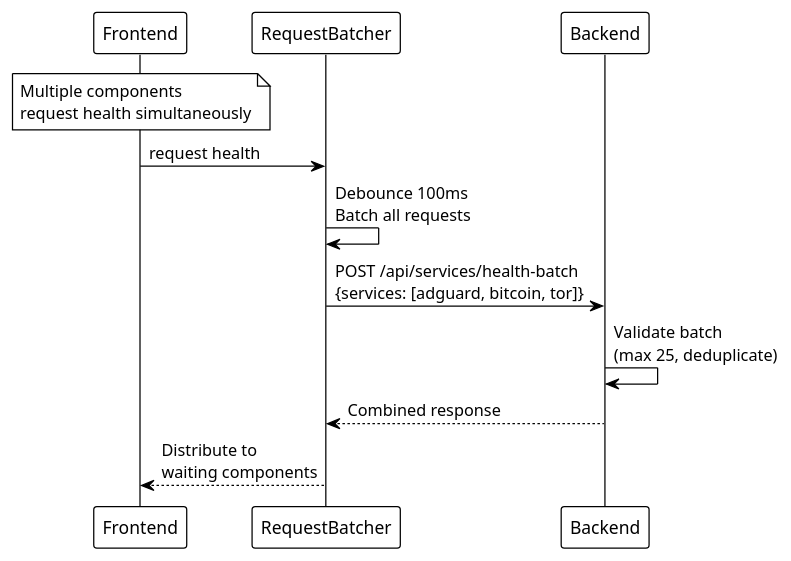
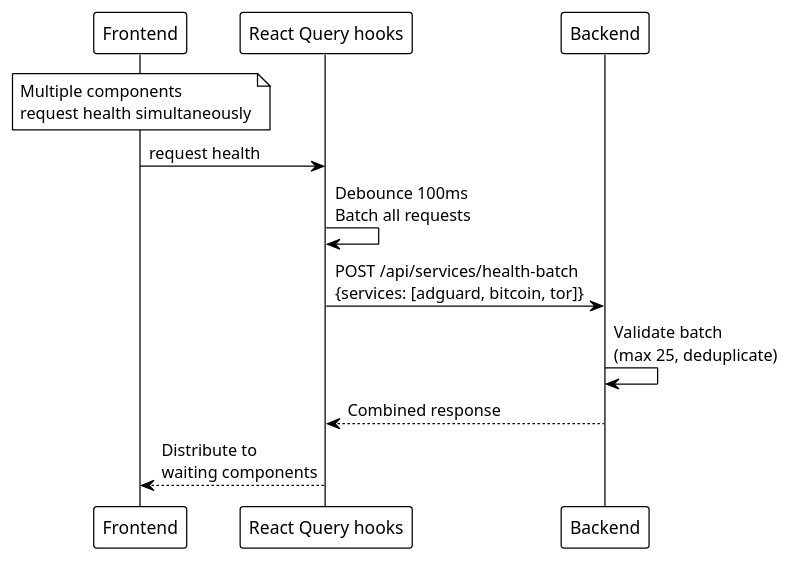
Before and after one commit to EraPartner/Watchman: the second of 3 diagrams in docs/api/services-health.md, drawn with PlantUML. The commit also changed other lines of this file and 33 other files, not shown here.

````diff
--- a/docs/api/services-health.md
+++ b/docs/api/services-health.md
@@ -232,26 +235,26 @@
 ```plantuml
 @startuml
 !theme plain
 
 participant "Frontend" as FE
-participant "RequestBatcher" as Batch
+participant "React Query hooks" as Batch
 participant "Backend" as BE
 
 note over FE
   Multiple components
   request health simultaneously
 end note
 
 FE -> Batch : request health
 
 Batch -> Batch : Debounce 100ms\nBatch all requests
 
 Batch -> BE : POST /api/services/health-batch\n{services: [adguard, bitcoin, tor]}
 
 BE -> BE : Validate batch\n(max 25, deduplicate)
 
 BE --> Batch : Combined response
 
 Batch --> FE : Distribute to\nwaiting components
 @enduml
 ```
````
